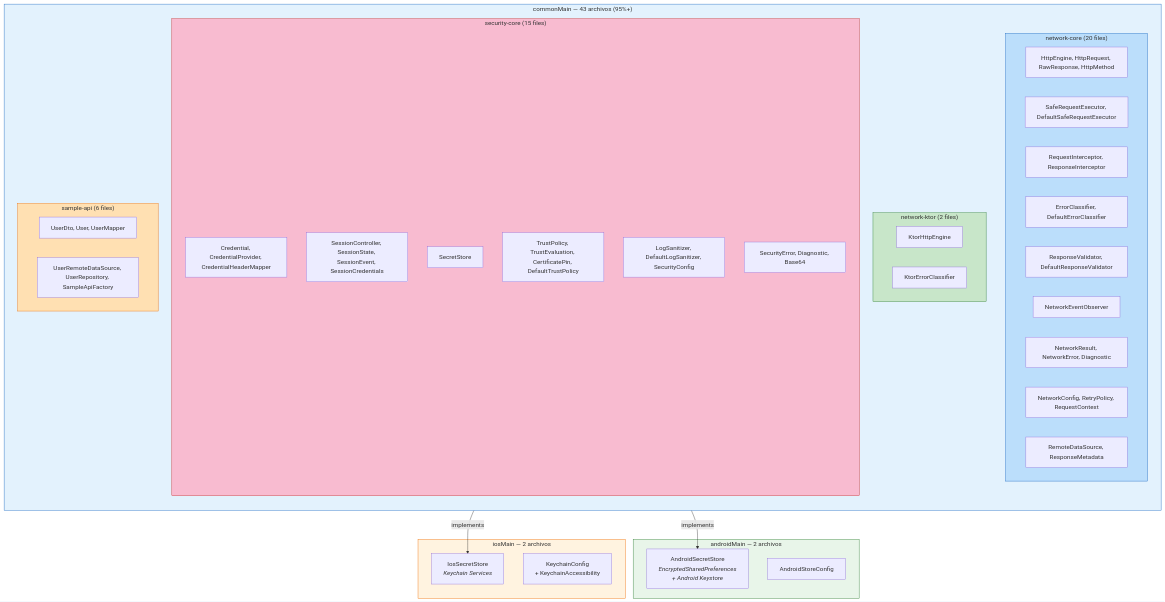
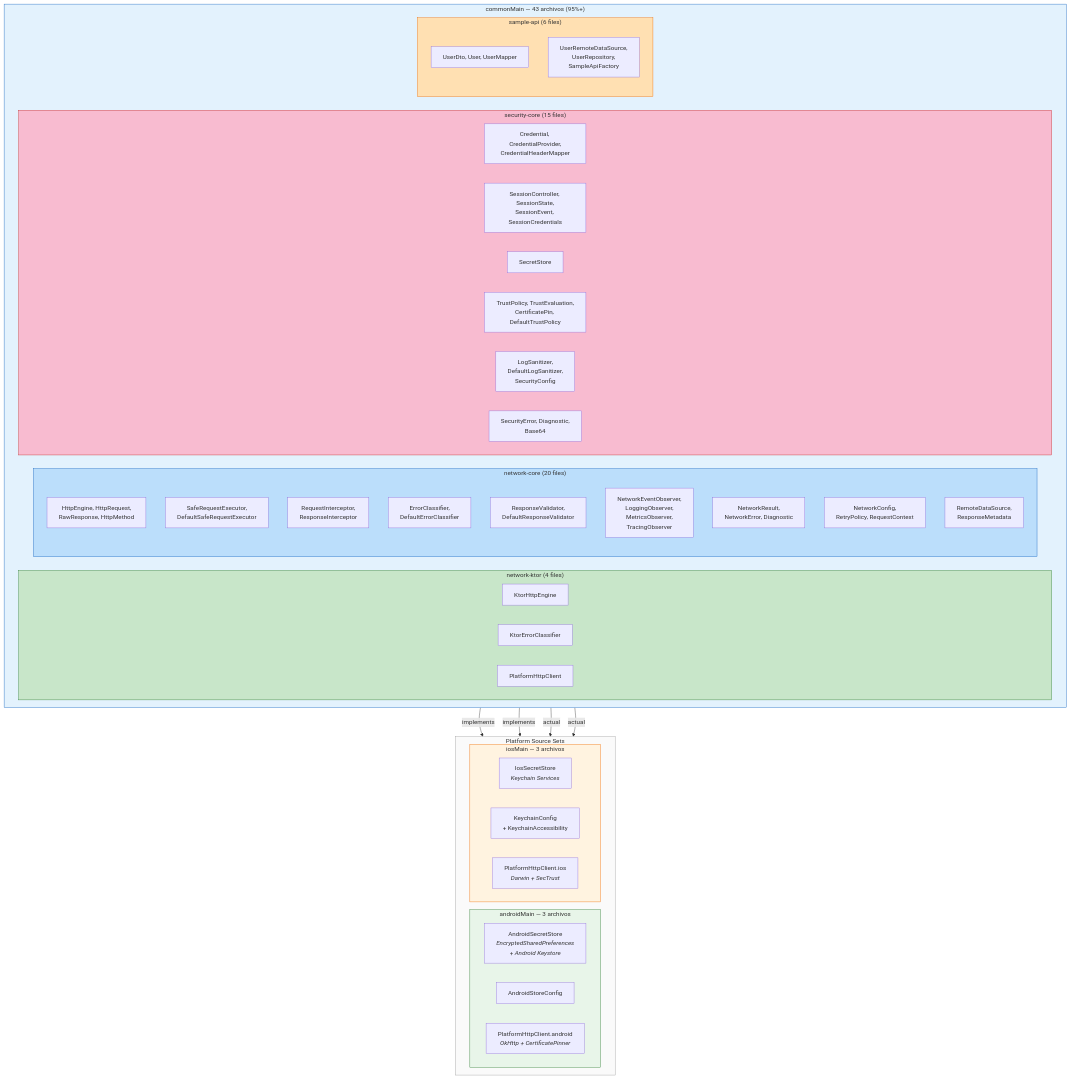
One commit to DanCrRdz93/core-data-platform changed the first of 2 diagrams in docs/diagrams/04-kmp-strategy.md. Above: the diagram before and after it, drawn with Mermaid. The commit also changed other lines of this file and 8 other files, not shown here.

Commit message:
update diagrams

````diff
--- a/docs/diagrams/04-kmp-strategy.md
+++ b/docs/diagrams/04-kmp-strategy.md
@@ -12,57 +12,66 @@
 ```mermaid
 graph TB
     subgraph commonMain["commonMain — 43 archivos (95%+)"]
-        direction TB
+        direction LR
         subgraph nc_common["network-core (20 files)"]
-            NC1["HttpEngine, HttpRequest, RawResponse, HttpMethod"]
-            NC2["SafeRequestExecutor, DefaultSafeRequestExecutor"]
-            NC3["RequestInterceptor, ResponseInterceptor"]
-            NC4["ErrorClassifier, DefaultErrorClassifier"]
-            NC5["ResponseValidator, DefaultResponseValidator"]
-            NC6["NetworkEventObserver"]
-            NC7["NetworkResult, NetworkError, Diagnostic"]
-            NC8["NetworkConfig, RetryPolicy, RequestContext"]
-            NC9["RemoteDataSource, ResponseMetadata"]
+            NC1["HttpEngine, HttpRequest,<br/>RawResponse, HttpMethod"]
+            NC2["SafeRequestExecutor,<br/>DefaultSafeRequestExecutor"]
+            NC3["RequestInterceptor,<br/>ResponseInterceptor"]
+            NC4["ErrorClassifier,<br/>DefaultErrorClassifier"]
+            NC5["ResponseValidator,<br/>DefaultResponseValidator"]
+            NC6["NetworkEventObserver,<br/>LoggingObserver,<br/>MetricsObserver,<br/>TracingObserver"]
+            NC7["NetworkResult,<br/>NetworkError, Diagnostic"]
+            NC8["NetworkConfig,<br/>RetryPolicy, RequestContext"]
+            NC9["RemoteDataSource,<br/>ResponseMetadata"]
         end
 
-        subgraph nk_common["network-ktor (2 files)"]
+        subgraph nk_common["network-ktor (4 files)"]
             NK1["KtorHttpEngine"]
             NK2["KtorErrorClassifier"]
+            NK3["PlatformHttpClient"]
         end
 
         subgraph sc_common["security-core (15 files)"]
-            SC1["Credential, CredentialProvider, CredentialHeaderMapper"]
-            SC2["SessionController, SessionState, SessionEvent, SessionCredentials"]
+            SC1["Credential, CredentialProvider,<br/>CredentialHeaderMapper"]
+            SC2["SessionController, SessionState,<br/>SessionEvent, SessionCredentials"]
             SC3["SecretStore"]
-            SC4["TrustPolicy, TrustEvaluation, CertificatePin, DefaultTrustPolicy"]
-            SC5["LogSanitizer, DefaultLogSanitizer, SecurityConfig"]
-            SC6["SecurityError, Diagnostic, Base64"]
+            SC4["TrustPolicy, TrustEvaluation,<br/>CertificatePin, DefaultTrustPolicy"]
+            SC5["LogSanitizer,<br/>DefaultLogSanitizer,<br/>SecurityConfig"]
+            SC6["SecurityError, Diagnostic,<br/>Base64"]
         end
 
         subgraph sa_common["sample-api (6 files)"]
             SA1["UserDto, User, UserMapper"]
-            SA2["UserRemoteDataSource, UserRepository, SampleApiFactory"]
+            SA2["UserRemoteDataSource,<br/>UserRepository,<br/>SampleApiFactory"]
         end
     end
 
-    subgraph androidMain["androidMain — 2 archivos"]
-        AND1["AndroidSecretStore<br/><i>EncryptedSharedPreferences<br/>+ Android Keystore</i>"]
-        AND2["AndroidStoreConfig"]
-    end
+    subgraph platformMain["Platform Source Sets"]
+        direction LR
+        subgraph androidMain["androidMain — 3 archivos"]
+            AND1["AndroidSecretStore<br/><i>EncryptedSharedPreferences<br/>+ Android Keystore</i>"]
+            AND2["AndroidStoreConfig"]
+            AND3["PlatformHttpClient.android<br/><i>OkHttp + CertificatePinner</i>"]
+        end
 
-    subgraph iosMain["iosMain — 2 archivos"]
-        IOS1["IosSecretStore<br/><i>Keychain Services</i>"]
-        IOS2["KeychainConfig<br/>+ KeychainAccessibility"]
+        subgraph iosMain["iosMain — 3 archivos"]
+            IOS1["IosSecretStore<br/><i>Keychain Services</i>"]
+            IOS2["KeychainConfig<br/>+ KeychainAccessibility"]
+            IOS3["PlatformHttpClient.ios<br/><i>Darwin + SecTrust</i>"]
+        end
     end
 
     SC3 -->|"implements"| AND1
     SC3 -->|"implements"| IOS1
+    NK3 -->|"actual"| AND3
+    NK3 -->|"actual"| IOS3
 
     style commonMain fill:#e3f2fd,stroke:#1565c0
+    style platformMain fill:#fafafa,stroke:#9e9e9e
     style androidMain fill:#e8f5e9,stroke:#2e7d32
     style iosMain fill:#fff3e0,stroke:#ef6c00
     style nc_common fill:#bbdefb,stroke:#1565c0
     style nk_common fill:#c8e6c9,stroke:#2e7d32
     style sc_common fill:#f8bbd0,stroke:#c62828
     style sa_common fill:#ffe0b2,stroke:#ef6c00
 ```
````
